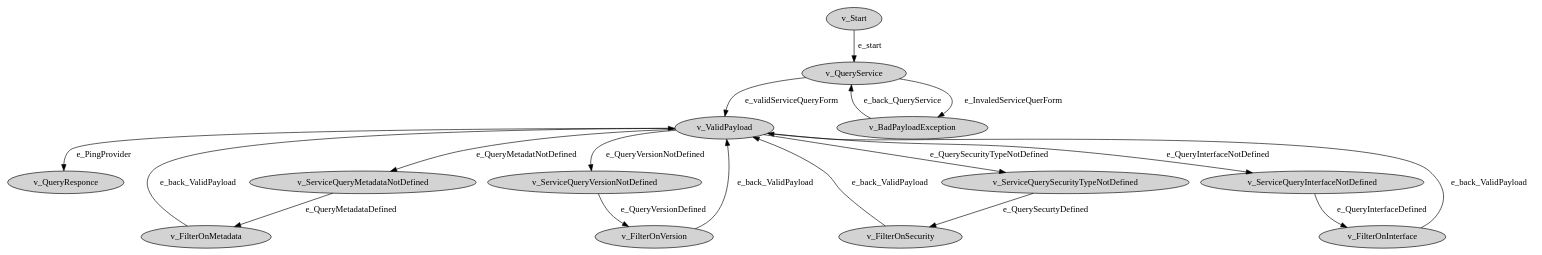
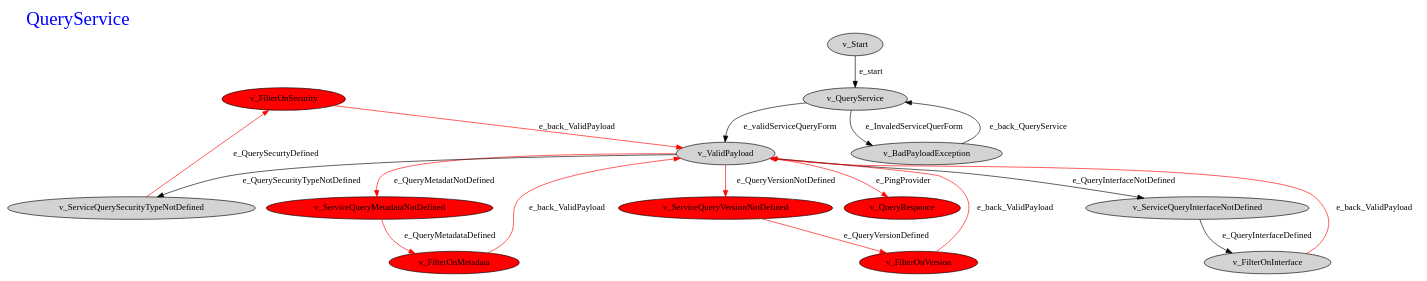
One commit to marozareh/SerReg_2021 changed the diagram in ServiceRegistry/Drivers/QueryService.dot. Above: the diagram before and after it, drawn with Graphviz. The commit also changed 161 other files, not shown here.

```diff
--- a/ServiceRegistry/Drivers/QueryService.dot
+++ b/ServiceRegistry/Drivers/QueryService.dot
@@ -1,21 +1,32 @@
 digraph OrchestratorStore{
 rankdir=TB
+ label="QueryService"
+labelloc=top
+labeljust=left
+fontcolor = blue
 node [style=filled] 
-"v_ValidPayload" -> "v_QueryResponce"  [ label="e_PingProvider" ]
-"v_FilterOnMetadata" -> "v_ValidPayload"  [ label="e_back_ValidPayload" ]
-"v_ServiceQueryMetadataNotDefined" -> "v_FilterOnMetadata"  [ label="e_QueryMetadataDefined" ]
-"v_ValidPayload" -> "v_ServiceQueryMetadataNotDefined"  [ label="e_QueryMetadatNotDefined" ]
-"v_FilterOnVersion" -> "v_ValidPayload"  [ label="e_back_ValidPayload" ]
-"v_ServiceQueryVersionNotDefined" -> "v_FilterOnVersion"  [ label="e_QueryVersionDefined" ]
-"v_ValidPayload" -> "v_ServiceQueryVersionNotDefined"  [ label="e_QueryVersionNotDefined" ]
-"v_FilterOnSecurity" -> "v_ValidPayload"  [ label="e_back_ValidPayload" ]
-"v_ServiceQuerySecurityTypeNotDefined" -> "v_FilterOnSecurity"  [ label="e_QuerySecurtyDefined" ]
-"v_FilterOnInterface" -> "v_ValidPayload"  [ label="e_back_ValidPayload" ]
-"v_ServiceQueryInterfaceNotDefined" -> "v_FilterOnInterface"  [ label="e_QueryInterfaceDefined" ]
-"v_ValidPayload" -> "v_ServiceQuerySecurityTypeNotDefined"  [ label="e_QuerySecurityTypeNotDefined" ]
-"v_ValidPayload" -> "v_ServiceQueryInterfaceNotDefined"  [ label="e_QueryInterfaceNotDefined" ]
-"v_QueryService" -> "v_ValidPayload"  [ label="e_validServiceQueryForm" ]
-"v_Start" -> "v_QueryService"  [ label="e_start" ]
-"v_BadPayloadException" -> "v_QueryService"  [ label="e_back_QueryService" ]
-"v_QueryService" -> "v_BadPayloadException"  [ label="e_InvaledServiceQuerForm" ]
+ fontsize=30
+"v_FilterOnSecurity"  [fillcolor=red]
+"v_ServiceQueryVersionNotDefined"  [fillcolor=red]
+"v_FilterOnVersion"  [fillcolor=red]
+"v_ServiceQueryMetadataNotDefined"  [fillcolor=red]
+"v_FilterOnMetadata"  [fillcolor=red]
+"v_QueryResponce"  [fillcolor=red]
+"v_ValidPayload" -> "v_QueryResponce"  [ label="e_PingProvider"color="red"]
+"v_FilterOnMetadata" -> "v_ValidPayload"  [ label="e_back_ValidPayload"color="red"]
+"v_ServiceQueryMetadataNotDefined" -> "v_FilterOnMetadata"  [ label="e_QueryMetadataDefined"color="red"]
+"v_ValidPayload" -> "v_ServiceQueryMetadataNotDefined"  [ label="e_QueryMetadatNotDefined"color="red"]
+"v_FilterOnVersion" -> "v_ValidPayload"  [ label="e_back_ValidPayload"color="red"]
+"v_ServiceQueryVersionNotDefined" -> "v_FilterOnVersion"  [ label="e_QueryVersionDefined"color="red"]
+"v_ValidPayload" -> "v_ServiceQueryVersionNotDefined"  [ label="e_QueryVersionNotDefined"color="red"]
+"v_FilterOnSecurity" -> "v_ValidPayload"  [ label="e_back_ValidPayload"color="red"]
+"v_ServiceQuerySecurityTypeNotDefined" -> "v_FilterOnSecurity"  [ label="e_QuerySecurtyDefined"color="red"]
+"v_FilterOnInterface" -> "v_ValidPayload"  [ label="e_back_ValidPayload"color="red"]
+"v_ServiceQueryInterfaceNotDefined" -> "v_FilterOnInterface"  [ label="e_QueryInterfaceDefined"color="black"]
+"v_ValidPayload" -> "v_ServiceQuerySecurityTypeNotDefined"  [ label="e_QuerySecurityTypeNotDefined"color="black"]
+"v_ValidPayload" -> "v_ServiceQueryInterfaceNotDefined"  [ label="e_QueryInterfaceNotDefined"color="black"]
+"v_QueryService" -> "v_ValidPayload"  [ label="e_validServiceQueryForm"color="black"]
+"v_Start" -> "v_QueryService"  [ label="e_start"color="black"]
+"v_BadPayloadException" -> "v_QueryService"  [ label="e_back_QueryService"color="black"]
+"v_QueryService" -> "v_BadPayloadException"  [ label="e_InvaledServiceQuerForm"color="black"]
 }
```
